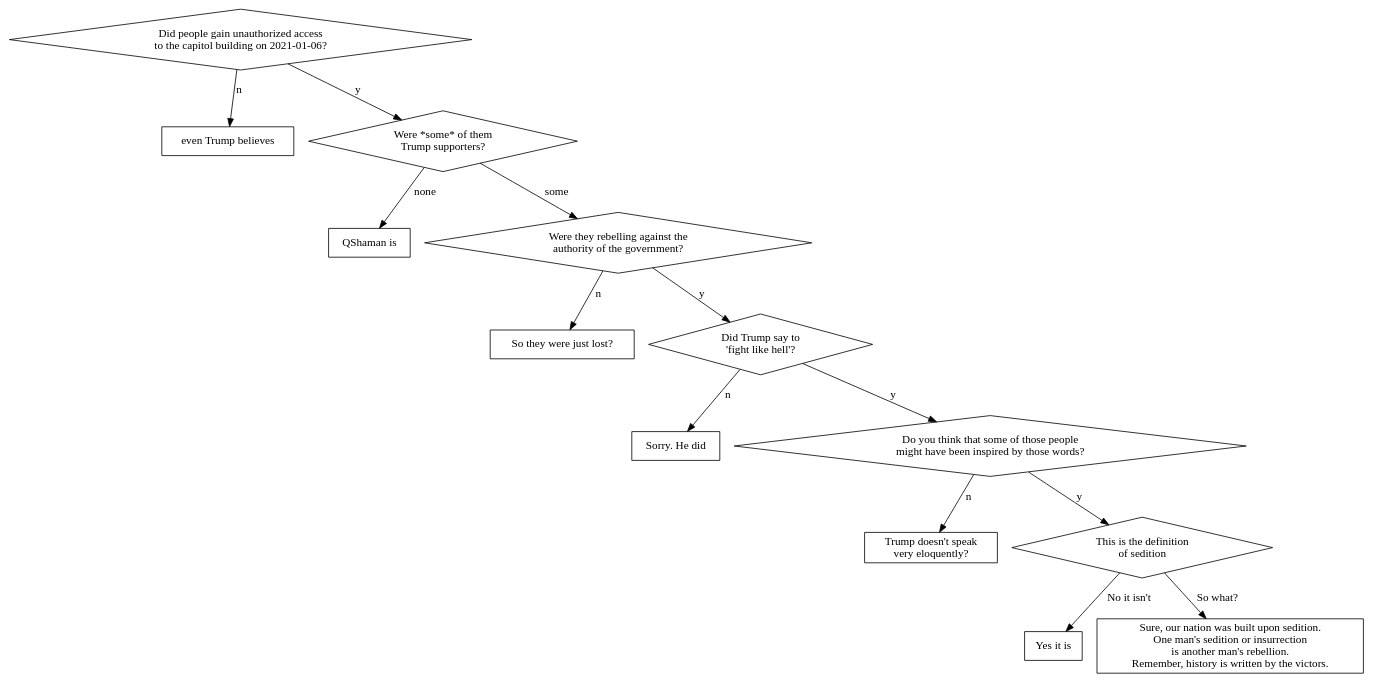
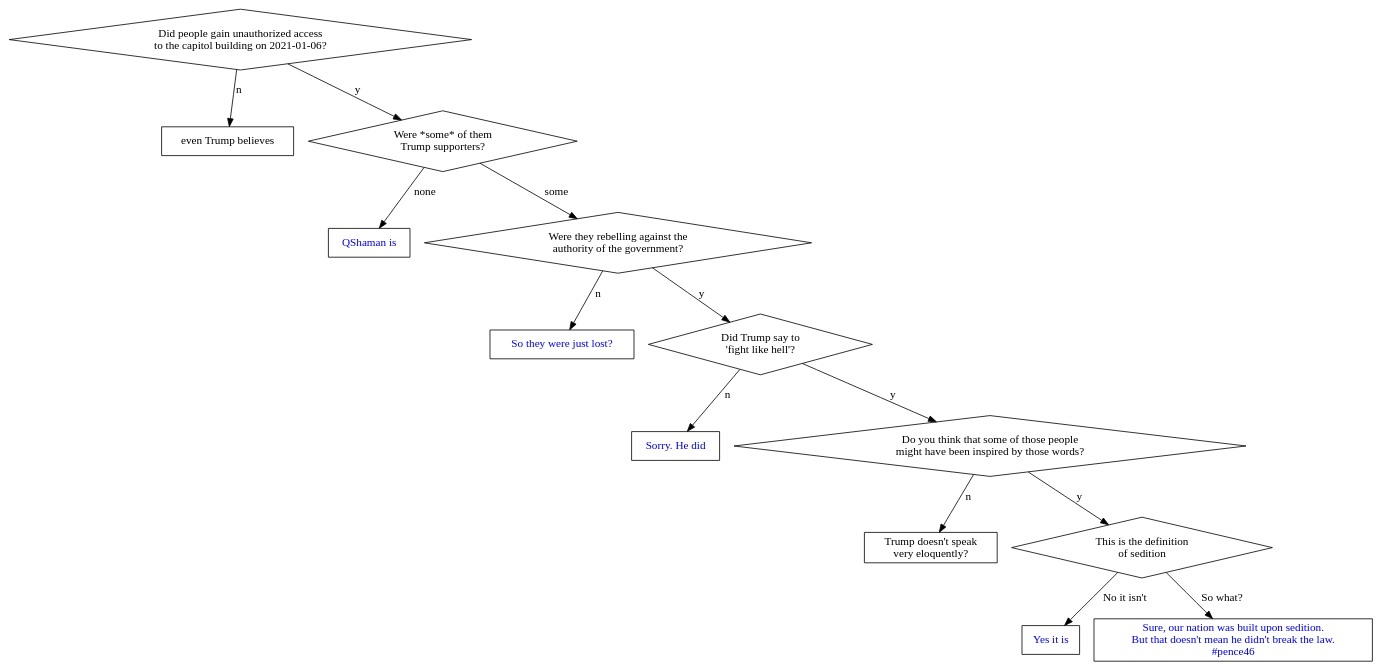
The diagram in breach.dot (mckaysalisbury/politics), drawn with Graphviz before and after one commit.

Commit message:
formatting

```diff
--- a/breach.dot
+++ b/breach.dot
@@ -1,29 +1,29 @@
 digraph breach {
   node [shape=diamond]
   happened [label="Did people gain unauthorized access\nto the capitol building on 2021-01-06?"]
   wow [shape=rectangle label="even Trump believes"]
   happened -> wow [label=n]
   supporters [label="Were *some* of them\nTrump supporters?"]
   happened -> supporters [label=y]
-  none [shape=rectangle label="QShaman is" href="https://www.nbcnews.com/news/us-news/capitol-rioter-horned-hat-gloats-feds-work-identify-suspects-n1253392"]
+  none [shape=rectangle label="QShaman is" fontcolor=blue href="https://www.nbcnews.com/news/us-news/capitol-rioter-horned-hat-gloats-feds-work-identify-suspects-n1253392"]
   supporters -> none [label="none"]
   rebel [label="Were they rebelling against the\nauthority of the government?"]
   supporters -> rebel [label="some"]
-  tourist [shape=rectangle label="So they were just lost?" href="https://www.forbes.com/sites/jackbrewster/2021/01/06/signs-podiums-tv-equipment-trump-supporters-loot-and-destroy-during-capitol-hill-takeover/?sh=b70b7961d7c6"]
+  tourist [shape=rectangle label="So they were just lost?" fontcolor=blue href="https://www.forbes.com/sites/jackbrewster/2021/01/06/signs-podiums-tv-equipment-trump-supporters-loot-and-destroy-during-capitol-hill-takeover/?sh=b70b7961d7c6"]
   rebel -> tourist [label=n]
   quote [label="Did Trump say to\n'fight like hell'?"]
   rebel -> quote [label=y]
-  video [shape=rectangle label="Sorry. He did" href="https://twitter.com/jacknicas/status/1346917022819524611"]
+  video [shape=rectangle label="Sorry. He did" fontcolor=blue href="https://twitter.com/jacknicas/status/1346917022819524611"]
   quote -> video [label=n]
   incite [label="Do you think that some of those people\nmight have been inspired by those words?"]
   quote -> incite [label=y]
   motives [shape=rectagle label="Trump doesn't speak\nvery eloquently?"]
   incite -> motives [label=n]
   sedition [label="This is the definition\nof sedition"]
   incite -> sedition [label=y]
-  dictionary [shape=rectangle label="Yes it is" href="https://www.dictionary.com/browse/sedition"]
+  dictionary [shape=rectangle label="Yes it is" fontcolor=blue href="https://www.dictionary.com/browse/sedition"]
   sedition -> dictionary [label="No it isn't"]
-  victor [shape=rectangle label="Sure, our nation was built upon sedition.\nOne man's sedition or insurrection\nis another man's rebellion.\nRemember, history is written by the victors." href="https://www.foxnews.com/politics/congress-certifies-bidens-electoral-college-victory-after-day-of-chaos-at-capitol"]
+  victor [shape=rectangle label="Sure, our nation was built upon sedition.\nBut that doesn't mean he didn't break the law.\n#pence46" fontcolor=blue href="https://www.foxnews.com/politics/congress-certifies-bidens-electoral-college-victory-after-day-of-chaos-at-capitol"]
   sedition -> victor [label="So what?"]
 
 }
```
